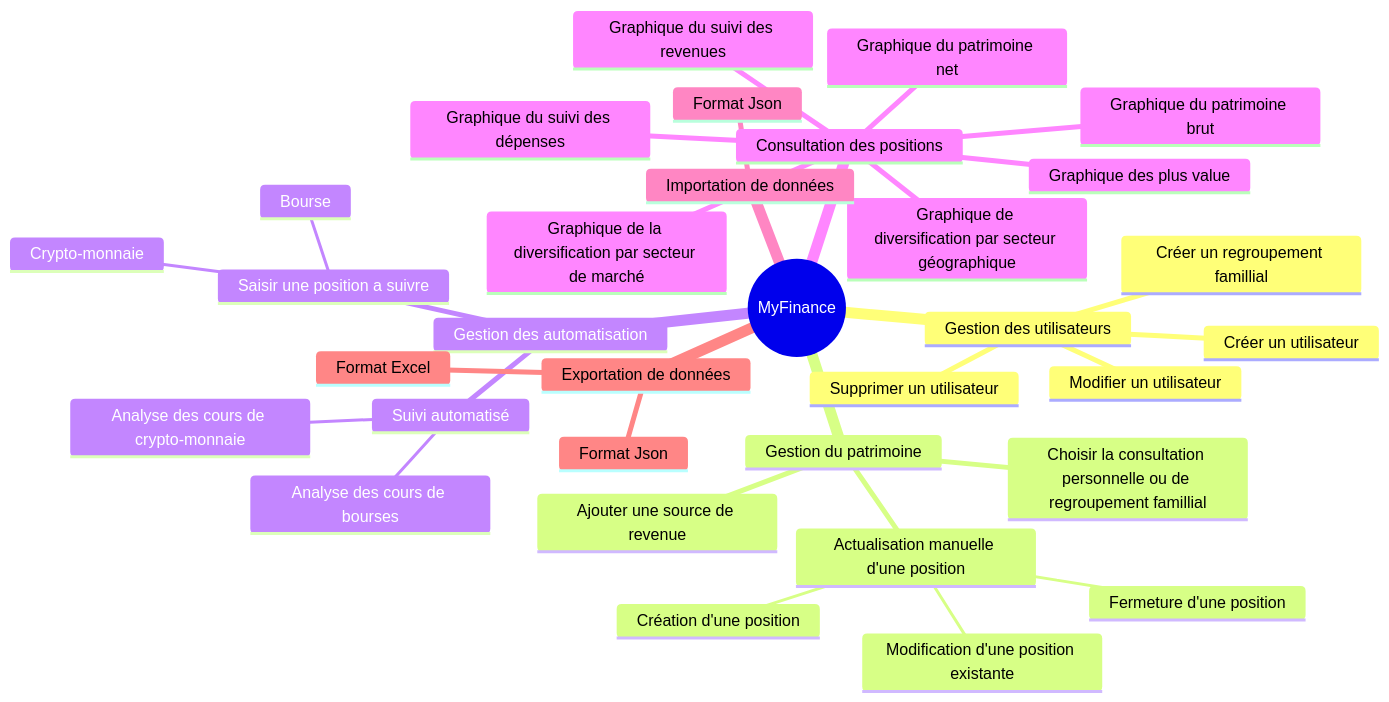
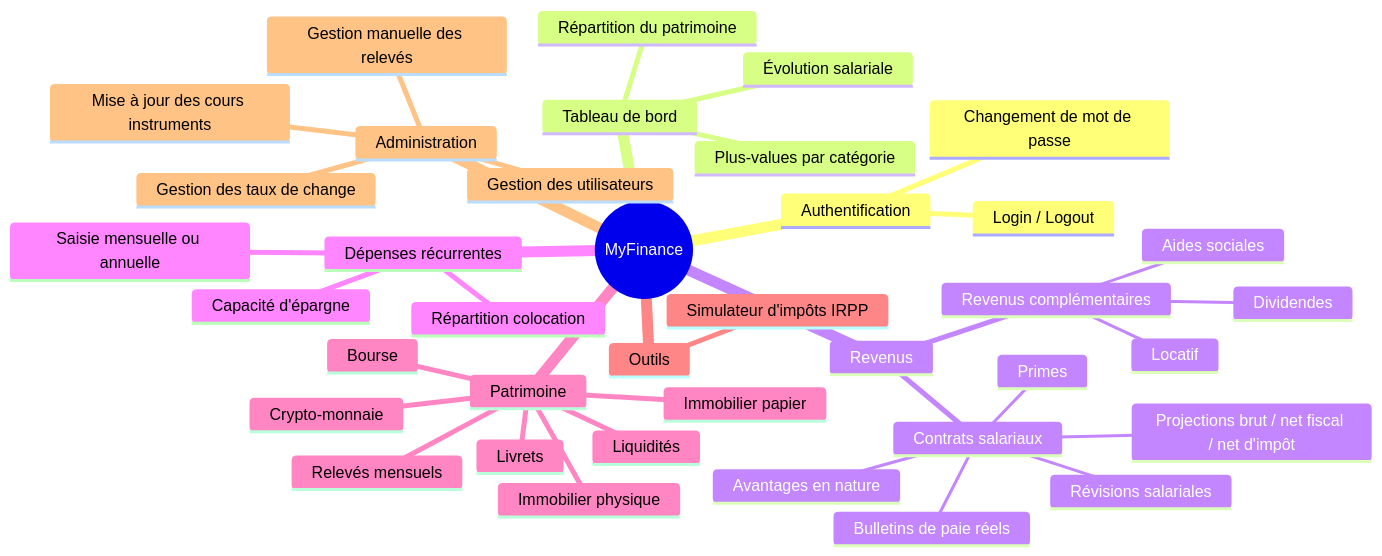
Before and after one commit to Neogost/MyFinance: the diagram in docs/architecture/overview.md, drawn with Mermaid. The commit also changed other lines of this file and 3 other files, not shown here.

`````diff
--- a/docs/architecture/overview.md
+++ b/docs/architecture/overview.md
@@ -17,37 +23,41 @@
 ```mermaid
-%% Contenu copié depuis docs/architecture/diagram/activity-diagram.mmd
 mindmap
   root((MyFinance))
-    Gestion des utilisateurs
-        Créer un utilisateur
-        Modifier un utilisateur
-        Supprimer un utilisateur
-        Créer un regroupement famillial
-    Gestion du patrimoine
-        Choisir la consultation personnelle ou de regroupement famillial
-        Actualisation manuelle d'une position
-            Modification d'une position existante
-            Création d'une position
-            Fermeture d'une position
-        Ajouter une source de revenue
-    Gestion des automatisation
-        Saisir une position a suivre
-            Crypto-monnaie
-            Bourse
-        Suivi automatisé
-            Analyse des cours de crypto-monnaie
-            Analyse des cours de bourses
-    Consultation des positions
-        Graphique du patrimoine brut
-        Graphique du patrimoine net
-        Graphique des plus value
-        Graphique de la diversification par secteur de marché
-        Graphique de diversification par secteur géographique
-        Graphique du suivi des revenues
-        Graphique du suivi des dépenses
-    Importation de données
-        Format Json
-    Exportation de données
-        Format Json
-        Format Excel
-````
+    Authentification
+        Login / Logout
+        Changement de mot de passe
+    Tableau de bord
+        Évolution salariale
+        Répartition du patrimoine
+        Plus-values par catégorie
+    Revenus
+        Contrats salariaux
+            Projections brut / net fiscal / net d'impôt
+            Bulletins de paie réels
+            Révisions salariales
+            Primes
+            Avantages en nature
+        Revenus complémentaires
+            Locatif
+            Dividendes
+            Aides sociales
+    Dépenses récurrentes
+        Saisie mensuelle ou annuelle
+        Répartition colocation
+        Capacité d'épargne
+    Patrimoine
+        Bourse
+        Crypto-monnaie
+        Immobilier papier
+        Immobilier physique
+        Livrets
+        Liquidités
+        Relevés mensuels
+    Outils
+        Simulateur d'impôts IRPP
+    Administration
+        Gestion des utilisateurs
+        Mise à jour des cours instruments
+        Gestion des taux de change
+        Gestion manuelle des relevés
+```
`````
